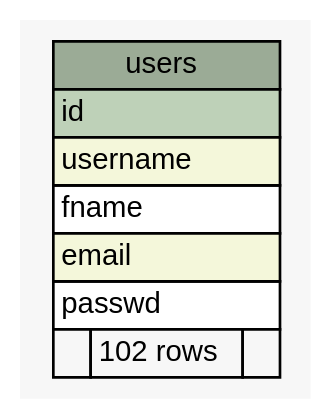
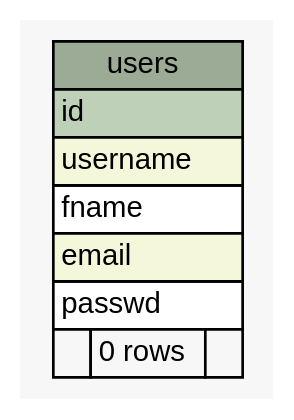
Before and after one commit to btv/DED_backend: the diagram in dbDocs/diagrams/summary/users.1degree.dot, drawn with Graphviz. The commit also changed 23 other files, not shown here.

```diff
--- a/dbDocs/diagrams/summary/users.1degree.dot
+++ b/dbDocs/diagrams/summary/users.1degree.dot
@@ -1,34 +1,34 @@
 // dot 2.42.3 on Mac OS X 10.15.4
 // SchemaSpy rev 590
 digraph "users" {
   graph [
     rankdir="RL"
     bgcolor="#f7f7f7"
     nodesep="0.18"
     ranksep="0.46"
     fontname="Helvetica"
     fontsize="11"
   ];
   node [
     fontname="Helvetica"
     fontsize="11"
     shape="plaintext"
   ];
   edge [
     arrowsize="0.8"
   ];
   "users" [
     label=<
     <TABLE BORDER="0" CELLBORDER="1" CELLSPACING="0" BGCOLOR="#ffffff">
       <TR><TD COLSPAN="3" BGCOLOR="#9bab96" ALIGN="CENTER">users</TD></TR>
       <TR><TD PORT="id" COLSPAN="3" BGCOLOR="#bed1b8" ALIGN="LEFT">id</TD></TR>
       <TR><TD PORT="username" COLSPAN="3" BGCOLOR="#f4f7da" ALIGN="LEFT">username</TD></TR>
       <TR><TD PORT="fname" COLSPAN="3" ALIGN="LEFT">fname</TD></TR>
       <TR><TD PORT="email" COLSPAN="3" BGCOLOR="#f4f7da" ALIGN="LEFT">email</TD></TR>
       <TR><TD PORT="passwd" COLSPAN="3" ALIGN="LEFT">passwd</TD></TR>
-      <TR><TD ALIGN="LEFT" BGCOLOR="#f7f7f7">  </TD><TD ALIGN="RIGHT" BGCOLOR="#f7f7f7">102 rows</TD><TD ALIGN="RIGHT" BGCOLOR="#f7f7f7">  </TD></TR>
+      <TR><TD ALIGN="LEFT" BGCOLOR="#f7f7f7">  </TD><TD ALIGN="RIGHT" BGCOLOR="#f7f7f7">0 rows</TD><TD ALIGN="RIGHT" BGCOLOR="#f7f7f7">  </TD></TR>
     </TABLE>>
     URL="tables/users.html"
     tooltip="users"
   ];
 }
```
